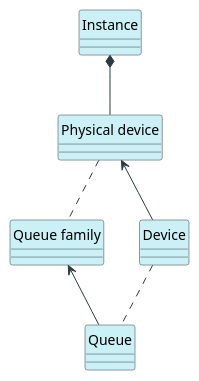
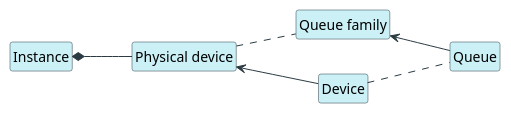
One commit to MornaMeoi/notes changed the ninth of 10 diagrams in Areas/CPP/Лекции/Lecture 10 (доп). 3D Графика.md. Above: the diagram before and after it, drawn with PlantUML. The commit also changed other lines of this file, not shown here.

````diff
--- a/Areas/CPP/Лекции/Lecture 10 (доп). 3D Графика.md
+++ b/Areas/CPP/Лекции/Lecture 10 (доп). 3D Графика.md
@@ -1276,21 +1276,27 @@
 ```plantuml
 @startuml
+
 hide circle
+hide empty members
+left to right direction
+
 skinparam class {
 	BackgroundColor #cbf1f7
 	BorderColor #2b3a42
 	ArrowColor #2b3a42
 }
+
 class Instance
 class "Physical device" as PD
 class Device
 class "Queue family" as QF
 class Queue
 
 Instance *-- PD
 Device -up-> PD
 Queue -up-> QF
 PD .. QF
 Device .. Queue
+
 @enduml
 ```
````
